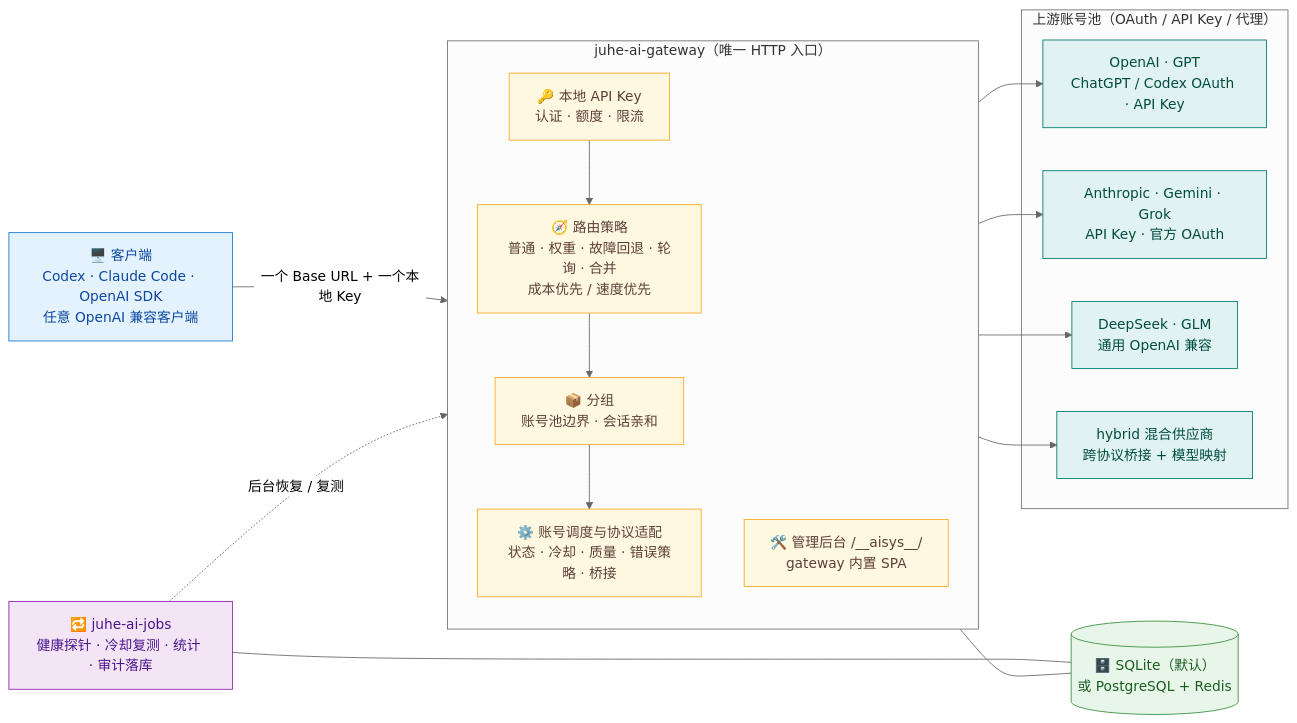
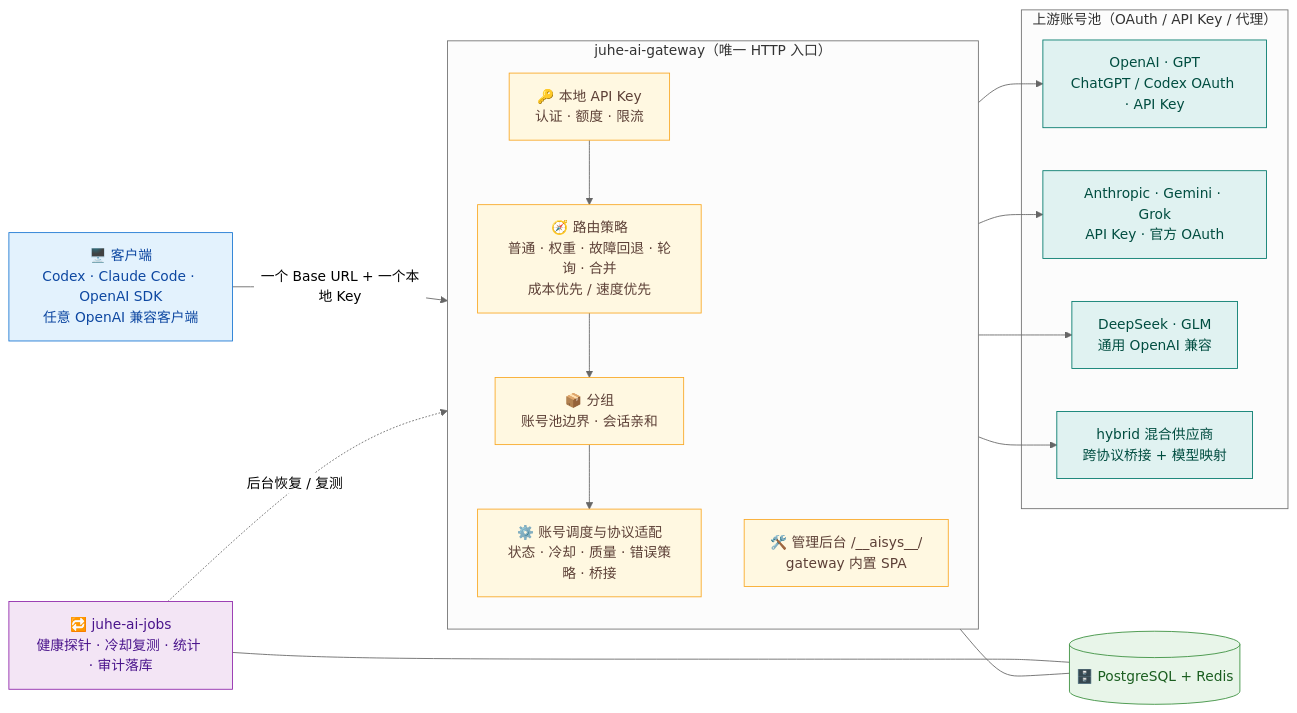
The diagram in README.md (huanmin123/juhe-ai), drawn with Mermaid (neutral theme) before and after one commit. The commit also changed other lines of this file and 42 other files, not shown here.

````diff
--- a/README.md
+++ b/README.md
@@ -221,45 +219,45 @@
 ```mermaid
 flowchart LR
     C["🖥️ 客户端<br/>Codex · Claude Code · OpenAI SDK<br/>任意 OpenAI 兼容客户端"]
 
     subgraph GW["juhe-ai-gateway（唯一 HTTP 入口）"]
         direction TB
         K["🔑 本地 API Key<br/>认证 · 额度 · 限流"]
         S["🧭 路由策略<br/>普通 · 权重 · 故障回退 · 轮询 · 合并<br/>成本优先 / 速度优先"]
         G["📦 分组<br/>账号池边界 · 会话亲和"]
         A["⚙️ 账号调度与协议适配<br/>状态 · 冷却 · 质量 · 错误策略 · 桥接"]
         M["🛠️ 管理后台 /__aisys__/<br/>gateway 内置 SPA"]
         K --> S --> G --> A
     end
 
     subgraph U["上游账号池（OAuth / API Key / 代理）"]
         U1["OpenAI · GPT<br/>ChatGPT / Codex OAuth · API Key"]
         U2["Anthropic · Gemini · Grok<br/>API Key · 官方 OAuth"]
         U3["DeepSeek · GLM<br/>通用 OpenAI 兼容"]
         U4["hybrid 混合供应商<br/>跨协议桥接 + 模型映射"]
     end
 
     C -->|"一个 Base URL + 一个本地 Key"| K
     A --> U1
     A --> U2
     A --> U3
     A --> U4
 
     J["🔁 juhe-ai-jobs<br/>健康探针 · 冷却复测 · 统计 · 审计落库"]
-    D[("🗄️ SQLite（默认）<br/>或 PostgreSQL + Redis")]
+    D[("🗄️ PostgreSQL + Redis")]
 
     J -.->|"后台恢复 / 复测"| A
     A --- D
     J --- D
 
     classDef client fill:#e3f2fd,stroke:#1976d2,color:#0d47a1
     classDef gw fill:#fff8e1,stroke:#f9a825,color:#5d4037
     classDef up fill:#e0f2f1,stroke:#00796b,color:#004d40
     classDef ops fill:#f3e5f5,stroke:#8e24aa,color:#4a148c
     classDef store fill:#e8f5e9,stroke:#388e3c,color:#1b5e20
     class C client
     class K,S,G,A,M gw
     class U1,U2,U3,U4 up
     class J ops
     class D store
 ```
````
